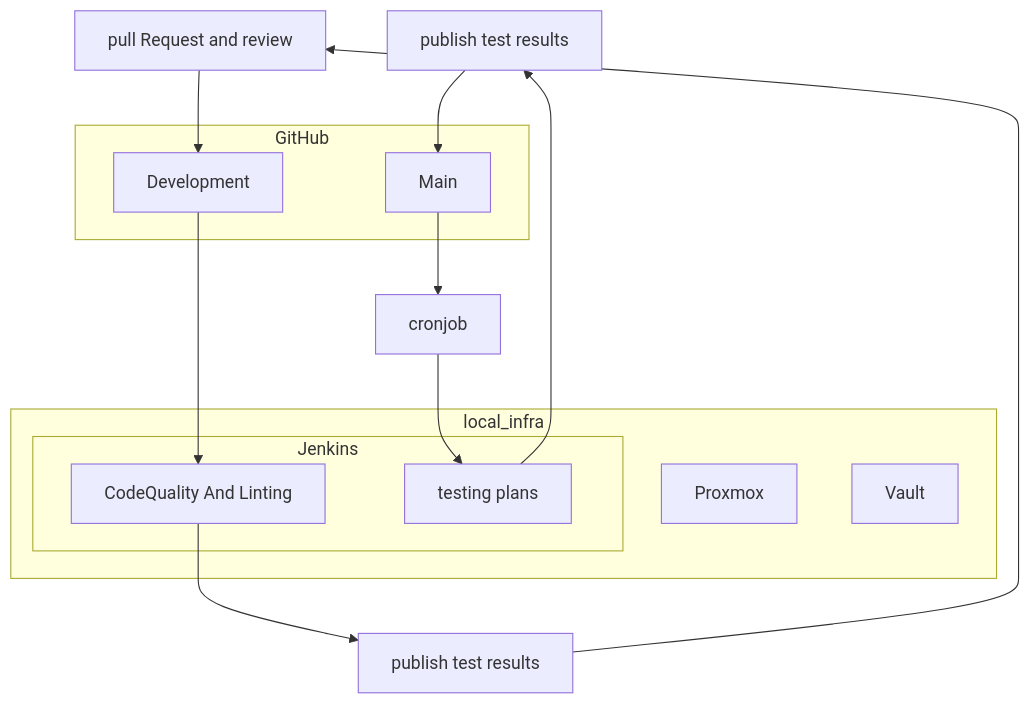
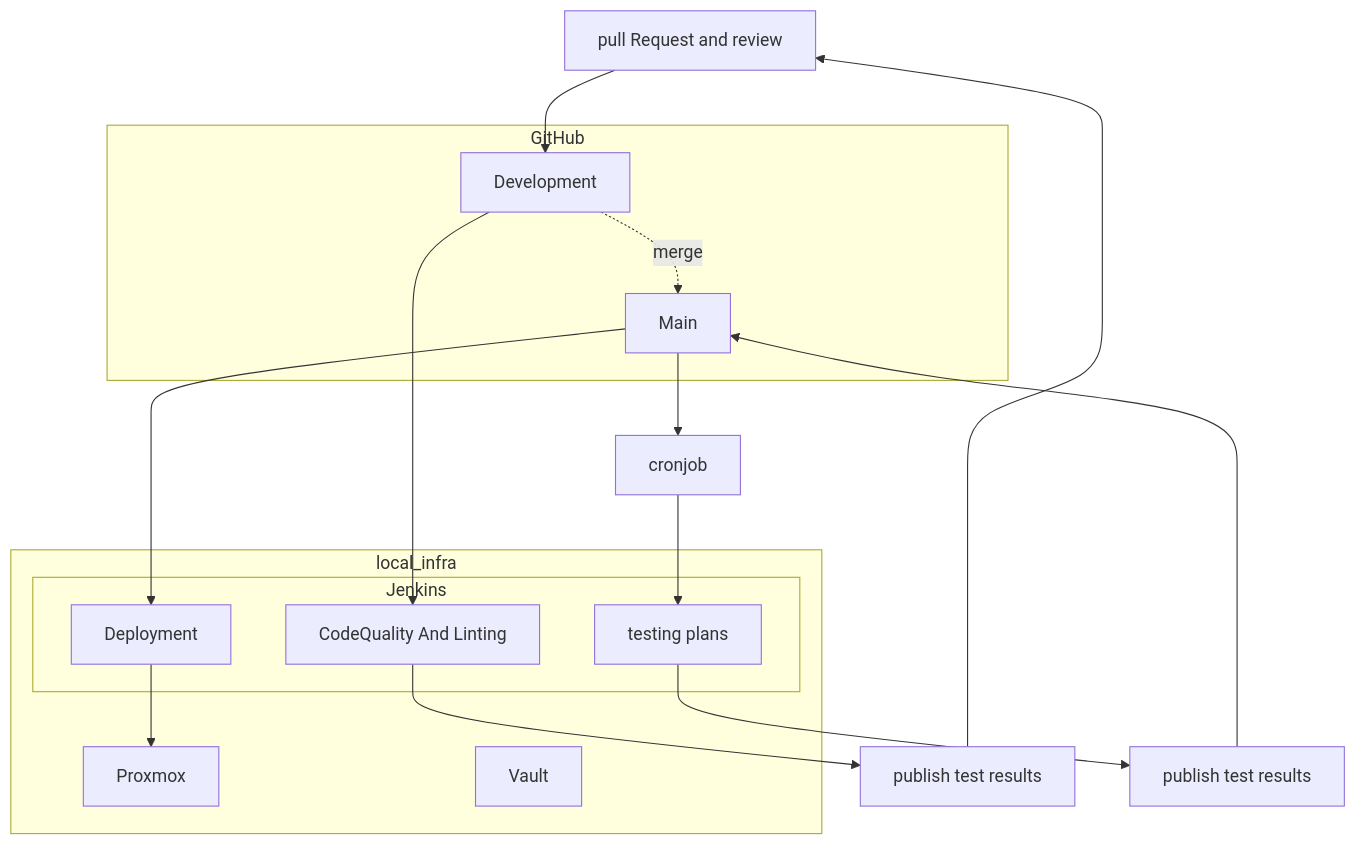
The diagram in README.md (ji-podhead/iac-testrepo), drawn with Mermaid before and after one commit. The commit also changed other lines of this file, not shown here.

````diff
--- a/README.md
+++ b/README.md
@@ -4,33 +5,36 @@
 ```mermaid
 graph TD;
     p1[pull Request and review]
     pub1[publish test results]
     pub2[publish test results]
     cronjob
 
     subgraph local_infra
     Proxmox
     Vault
 
   subgraph Jenkins
       c1[CodeQuality And Linting]
         t1[testing plans]
+	d1[Deployment]
     end
 end     
 
     subgraph GitHub 
         Main 
         Development 
     end
 
 Development --> c1
 c1-->pub1
 pub1-->p1
 p1-->Development
 
-Main-->cronjob
+Main -->cronjob
 cronjob-->t1
 t1-->pub2
 pub2-->Main
-
+Development -."merge".->Main
+d1-->Proxmox
+Main-->d1
 ```
````
